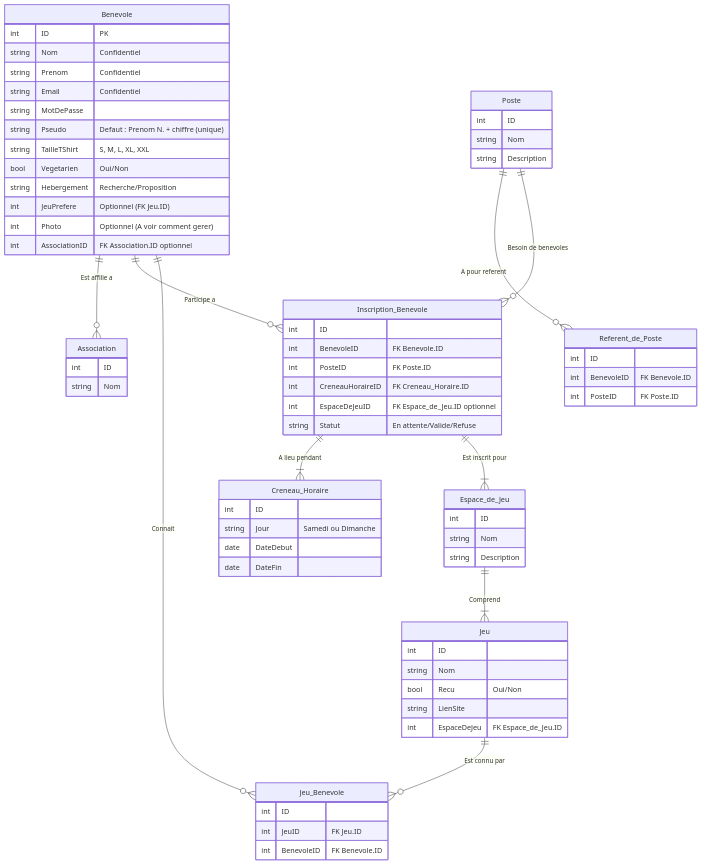
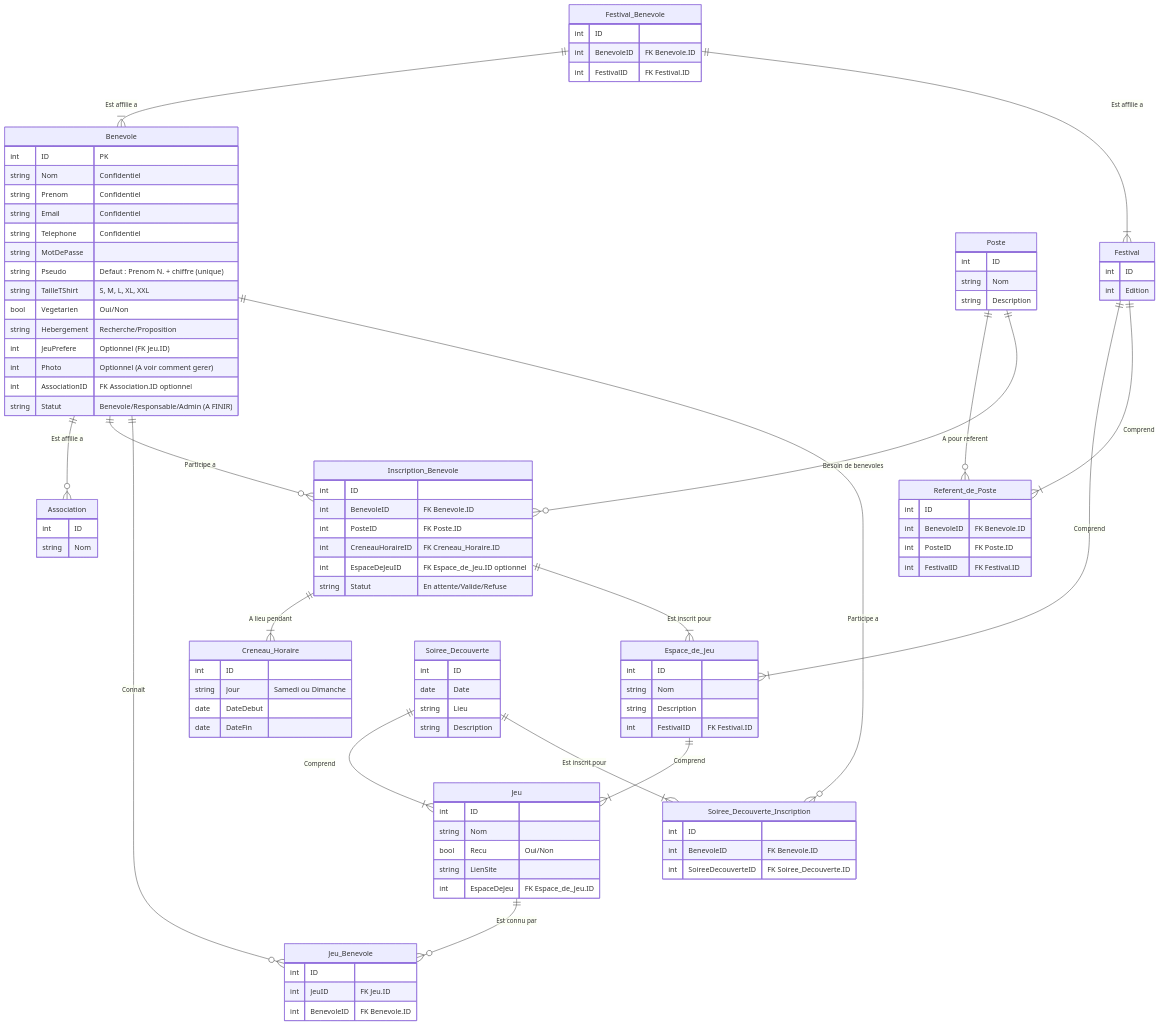
One commit to TAIP25/ig4_awi_web_project_back changed the diagram in README.md. Above: the diagram before and after it, drawn with Mermaid.

Commit message:
Modification MCD

````diff
--- a/README.md
+++ b/README.md
@@ -22,11 +22,13 @@
     Benevole ||--o{ Association : "Est affilie a"
     Benevole ||--o{ Inscription_Benevole : "Participe a"
     Benevole ||--o{ Jeu_Benevole : "Connait"
+    Benevole ||--o{ Soiree_Decouverte_Inscription : "Participe a"
     Benevole {
         int ID "PK"
         string Nom "Confidentiel"
         string Prenom "Confidentiel"
         string Email "Confidentiel"
+        string Telephone "Confidentiel"
         string MotDePasse
         string Pseudo "Defaut : Prenom N. + chiffre (unique)"
         string TailleTShirt "S, M, L, XL, XXL"
@@ -35,12 +37,14 @@
         int JeuPrefere "Optionnel (FK Jeu.ID)"
         int Photo "Optionnel (A voir comment gerer)"
         int AssociationID "FK Association.ID optionnel"
+        string Statut "Benevole/Responsable/Admin (A FINIR)"
     }
 
     Referent_de_Poste {
         int ID
         int BenevoleID "FK Benevole.ID"
         int PosteID "FK Poste.ID"
+        int FestivalID "FK Festival.ID"
     }
 
     Poste ||--o{ Referent_de_Poste : "A pour referent"
@@ -63,6 +67,7 @@
         int ID
         string Nom
         string Description
+        int FestivalID "FK Festival.ID"
     }
 
     Jeu ||--o{ Jeu_Benevole : "Est connu par"
@@ -79,5 +84,35 @@
         int JeuID "FK Jeu.ID"
         int BenevoleID "FK Benevole.ID"
     }
+
+    Festival ||--|{ Espace_de_Jeu : "Comprend"
+    Festival ||--|{ Referent_de_Poste : "Comprend"
+    Festival {
+        int ID
+        int Edition
+    }
+
+    Soiree_Decouverte ||--|{ Jeu : "Comprend"
+    Soiree_Decouverte ||--|{ Soiree_Decouverte_Inscription : "Est inscrit pour"
+    Soiree_Decouverte {
+        int ID
+        date Date
+        string Lieu
+        string Description
+    }
+
+    Soiree_Decouverte_Inscription {
+        int ID
+        int BenevoleID "FK Benevole.ID"
+        int SoireeDecouverteID "FK Soiree_Decouverte.ID"
+    }
+
+    Festival_Benevole ||--|{ Benevole : "Est affilie a"
+    Festival_Benevole ||--|{ Festival : "Est affilie a"
+    Festival_Benevole {
+        int ID
+        int BenevoleID "FK Benevole.ID"
+        int FestivalID "FK Festival.ID"
+    }
     
 ```
````
